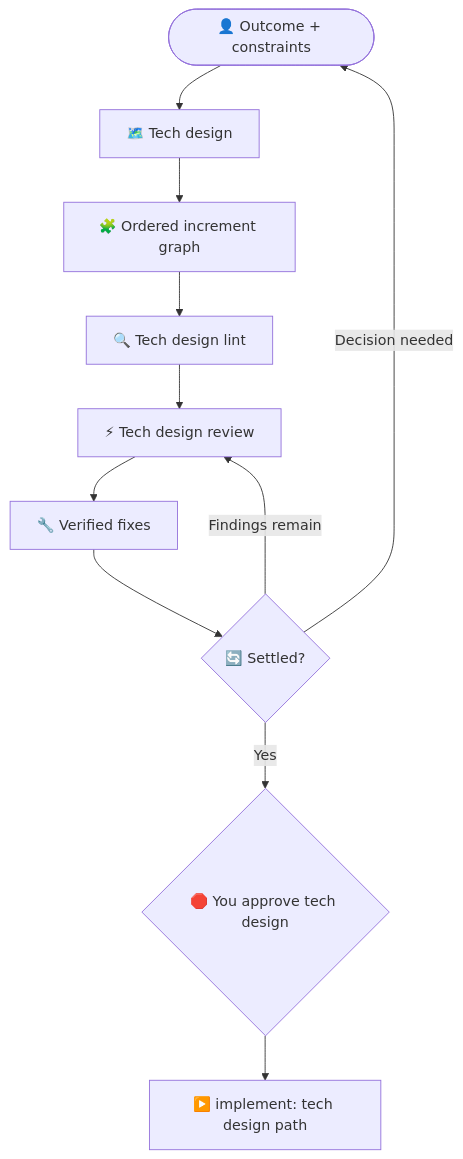
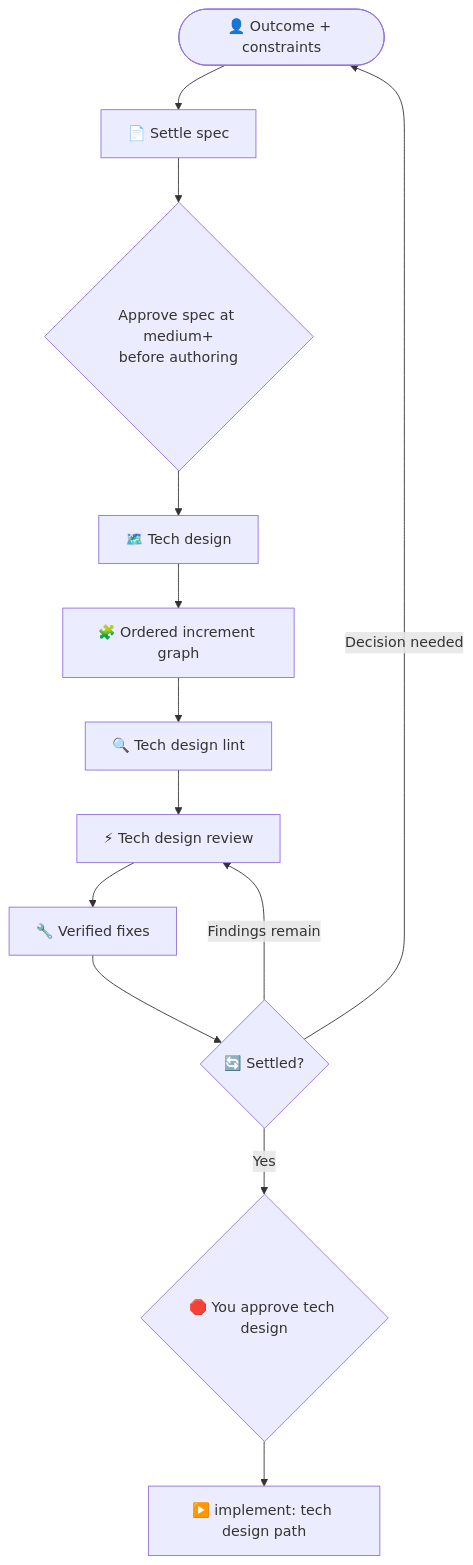
Before and after one commit to Gyunikuchan/dispatch-skills: the diagram in skills/dispatch/references/readme/design.md, drawn with Mermaid. The commit also changed other lines of this file and 66 other files, not shown here.

````diff
--- a/skills/dispatch/references/readme/design.md
+++ b/skills/dispatch/references/readme/design.md
@@ -11,13 +15,15 @@
 ```mermaid
 flowchart TD
-    User(["👤 Outcome + constraints"]) --> Draft["🗺️ Tech design"]
+    User(["👤 Outcome + constraints"]) --> Spec["📄 Settle spec"]
+    Spec --> SpecGate{"Approve spec at medium+<br/>before authoring"}
+    SpecGate --> Draft["🗺️ Tech design"]
     Draft --> Increments["🧩 Ordered increment graph"]
     Increments --> Lint["🔍 Tech design lint"]
     Lint --> Review["⚡ Tech design review"]
     Review --> Fix["🔧 Verified fixes"]
     Fix --> Settled{"🔄 Settled?"}
     Settled -->|Findings remain| Review
     Settled -->|Decision needed| User
     Settled -->|Yes| Gate{"🛑 You approve tech design"}
     Gate --> Next["▶️ implement: tech design path"]
 ```
````
